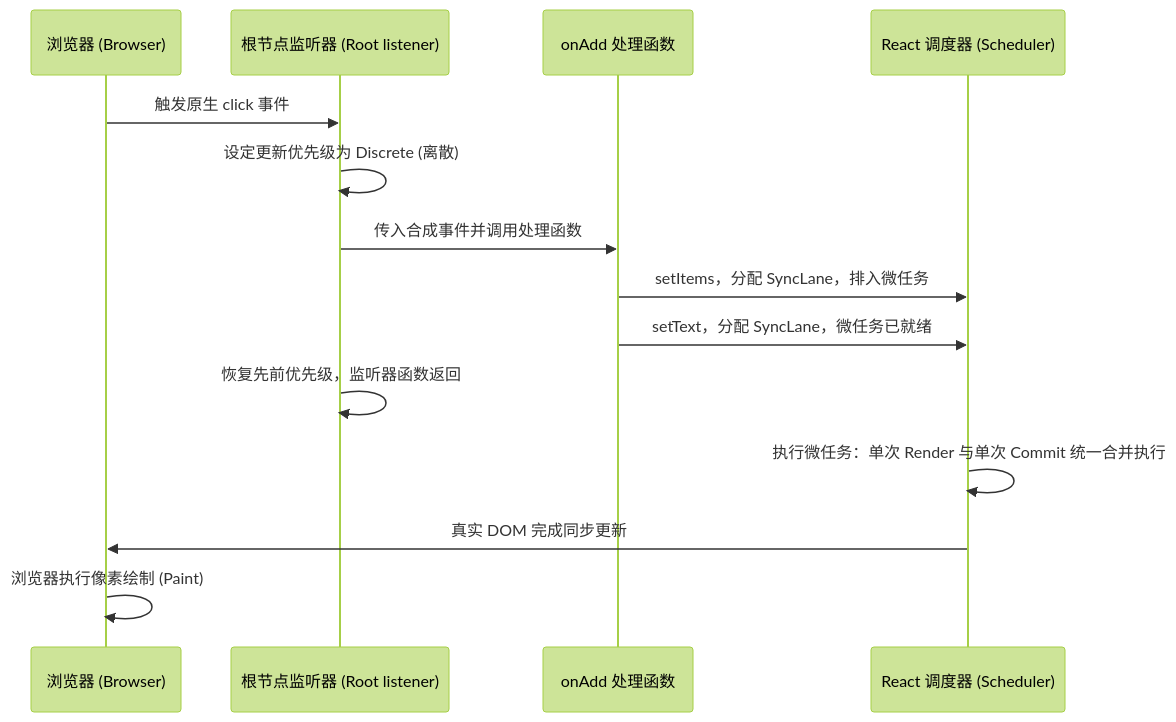
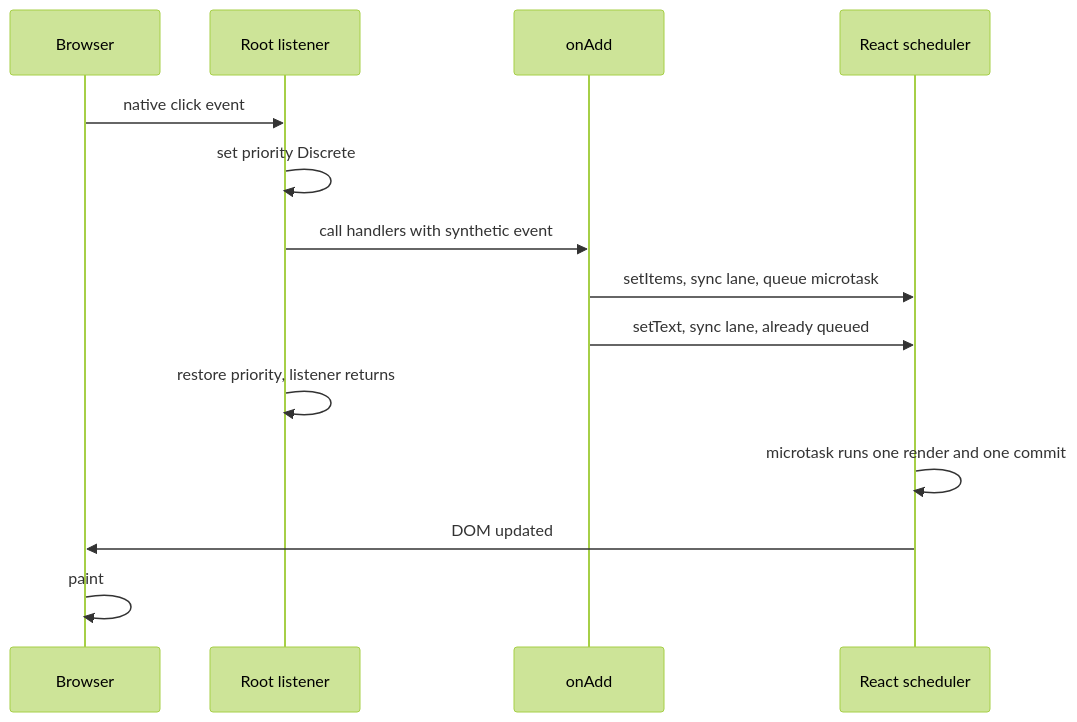
The second of 2 diagrams in content/react-concepts/10 Events - One Listener at the Root.md (ZhaoTim/react-garden-zh), drawn with Mermaid (forest theme) before and after one commit. The commit also changed other lines of this file and 12 other files, not shown here.

Commit message:
fix: restore all Mermaid diagrams to original English technical terms

````diff
--- a/content/react-concepts/10 Events - One Listener at the Root.md
+++ b/content/react-concepts/10 Events - One Listener at the Root.md
@@ -114,16 +114,16 @@
 ```mermaid
 sequenceDiagram
-  participant B as 浏览器 (Browser)
-  participant R as 根节点监听器 (Root listener)
-  participant H as onAdd 处理函数
-  participant S as React 调度器 (Scheduler)
-  B->>R: 触发原生 click 事件
-  R->>R: 设定更新优先级为 Discrete (离散)
-  R->>H: 传入合成事件并调用处理函数
-  H->>S: setItems，分配 SyncLane，排入微任务
-  H->>S: setText，分配 SyncLane，微任务已就绪
-  R->>R: 恢复先前优先级，监听器函数返回
-  S->>S: 执行微任务：单次 Render 与单次 Commit 统一合并执行
-  S->>B: 真实 DOM 完成同步更新
-  B->>B: 浏览器执行像素绘制 (Paint)
+  participant B as Browser
+  participant R as Root listener
+  participant H as onAdd
+  participant S as React scheduler
+  B->>R: native click event
+  R->>R: set priority Discrete
+  R->>H: call handlers with synthetic event
+  H->>S: setItems, sync lane, queue microtask
+  H->>S: setText, sync lane, already queued
+  R->>R: restore priority, listener returns
+  S->>S: microtask runs one render and one commit
+  S->>B: DOM updated
+  B->>B: paint
 ```
````
